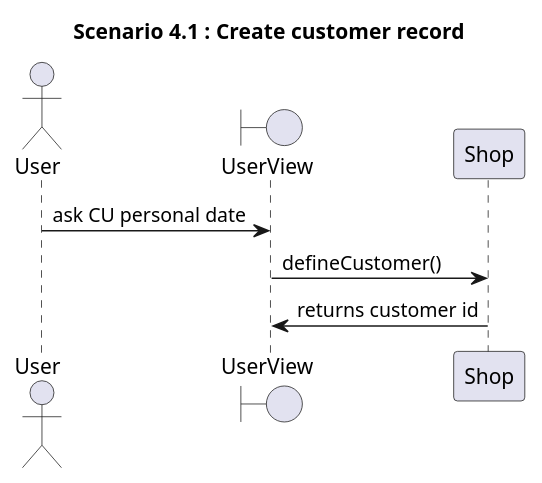
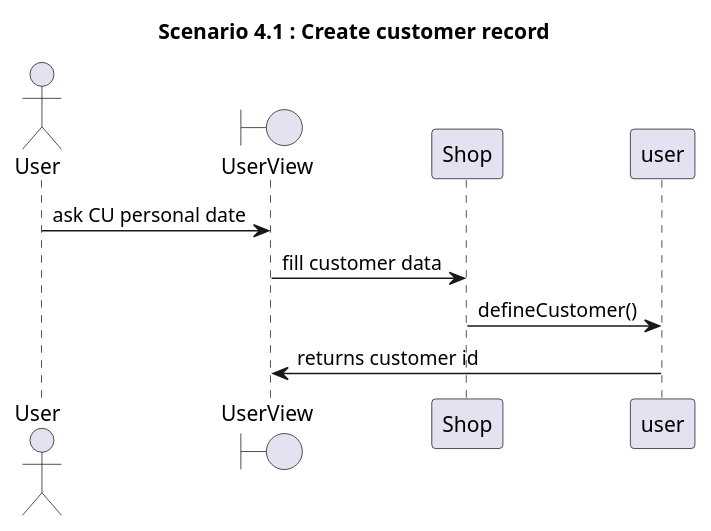
One commit to zitabou/EZShop changed diagram 12 of 27 in Deliverables/DesignDocument.md. Above: the diagram before and after it, drawn with PlantUML. The commit also changed other lines of this file, not shown here.

Commit message:
fix:scenario 4.1

````diff
--- a/Deliverables/DesignDocument.md
+++ b/Deliverables/DesignDocument.md
@@ -460,13 +460,14 @@
 ```plantuml
 
 title 
 **Scenario 4.1** : Create customer record
 end title
 
 actor User
 Boundary UserView
 User -> UserView: ask CU personal date
-UserView -> Shop: defineCustomer()
-Shop -> UserView: returns customer id
+UserView -> Shop: fill customer data
+Shop -> user: defineCustomer()
+user -> UserView: returns customer id
 
 ```
````
